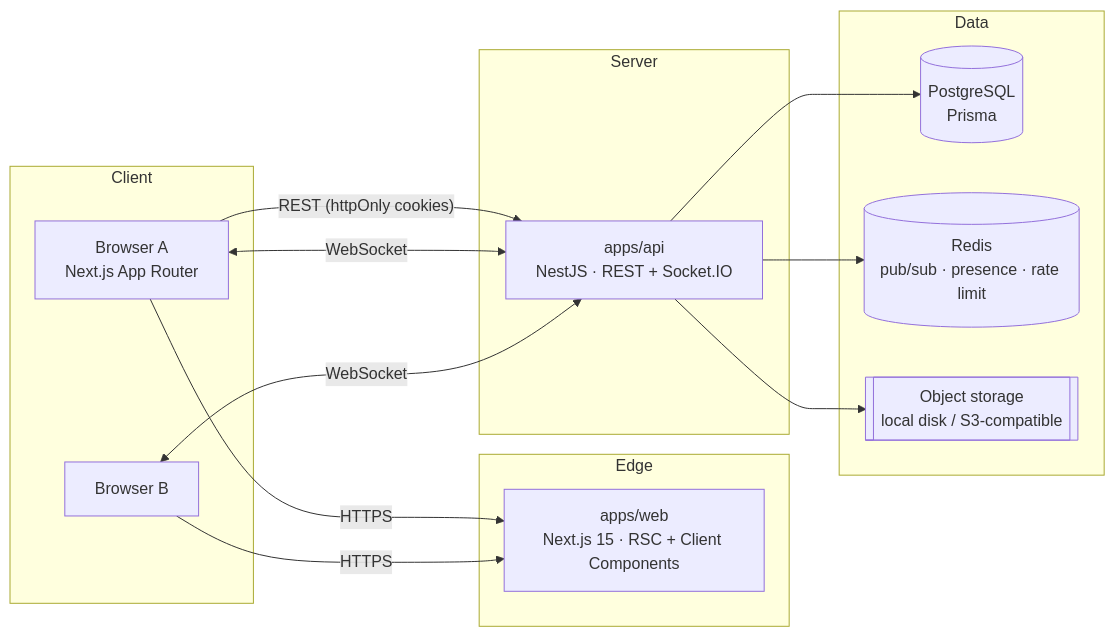
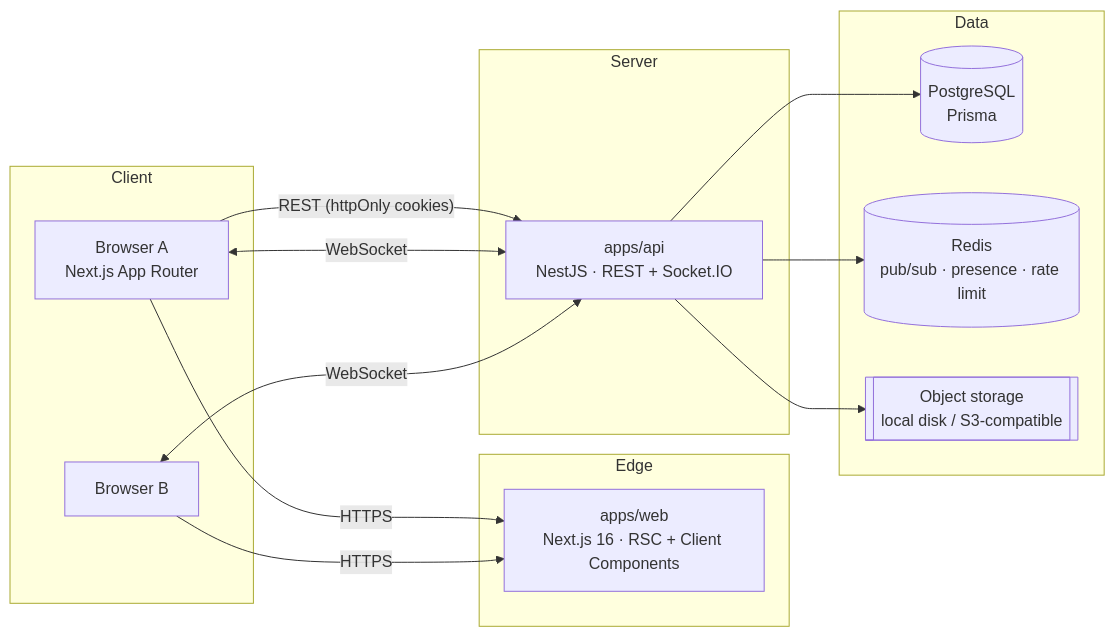
One commit to paulosanteiro17-hue/flow-sync changed the first of 4 diagrams in docs/ARCHITECTURE.md. Above: the diagram before and after it, drawn with Mermaid. The commit also changed 14 other files, not shown here.

Commit message:
fix: prepare FlowSync for public release

````diff
--- a/docs/ARCHITECTURE.md
+++ b/docs/ARCHITECTURE.md
@@ -10,30 +10,30 @@
 ```mermaid
 flowchart LR
   subgraph Client
     B1["Browser A<br/>Next.js App Router"]
     B2["Browser B"]
   end
 
   subgraph Edge
-    W["apps/web<br/>Next.js 15 · RSC + Client Components"]
+    W["apps/web<br/>Next.js 16 · RSC + Client Components"]
   end
 
   subgraph Server
     A["apps/api<br/>NestJS · REST + Socket.IO"]
   end
 
   subgraph Data
     P[("PostgreSQL<br/>Prisma")]
     R[("Redis<br/>pub/sub · presence · rate limit")]
     S[["Object storage<br/>local disk / S3-compatible"]]
   end
 
   B1 -- HTTPS --> W
   B2 -- HTTPS --> W
   B1 -- "REST (httpOnly cookies)" --> A
   B1 <-- "WebSocket" --> A
   B2 <-- "WebSocket" --> A
   A --> P
   A --> R
   A --> S
 ```
````
